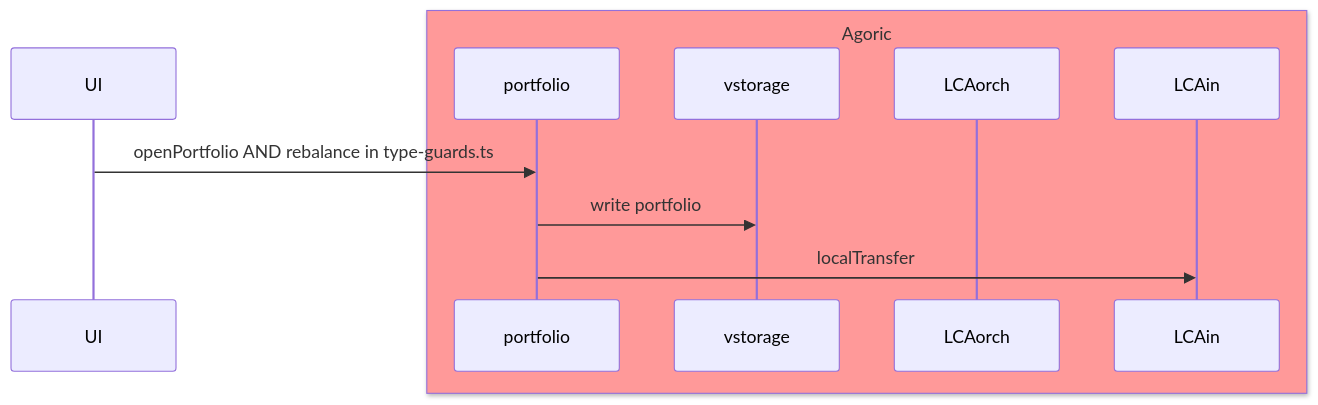
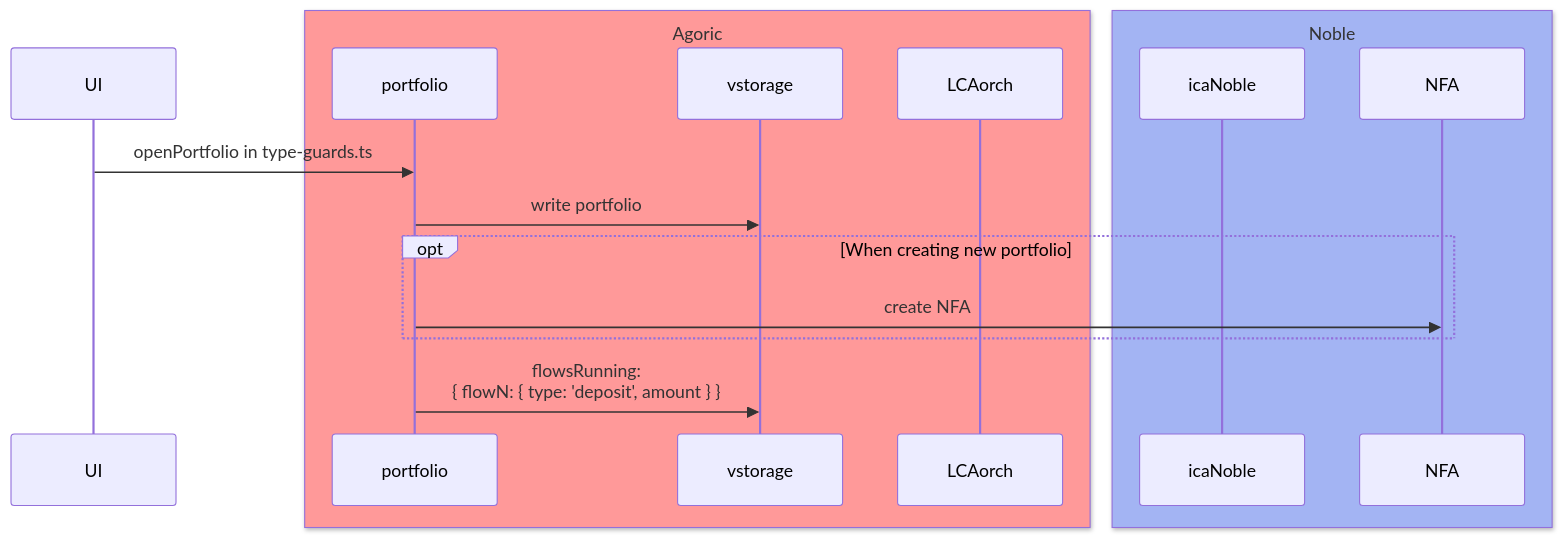
The fourth of 9 diagrams in packages/portfolio-contract/DESIGN-BETA.md (Agoric/agoric-sdk), drawn with Mermaid before and after one commit. The commit also changed other lines of this file, not shown here.

First line of the commit message:
docs(portfolio-contract): incorporate single-flow and NFA into design (#12091)

````diff
--- a/packages/portfolio-contract/DESIGN-BETA.md
+++ b/packages/portfolio-contract/DESIGN-BETA.md
@@ -65,14 +79,21 @@
 ```mermaid
 sequenceDiagram
-  UI ->> portfolio: openPortfolio AND rebalance in type-guards.ts
+  UI ->> portfolio: openPortfolio in type-guards.ts
 
   box rgb(255,153,153) Agoric
     participant portfolio
     participant vstorage
     participant LCAorch
-    participant LCAin
+  end
+
+  box rgb(163,180,243) Noble
+    participant icaN as icaNoble
+    participant NFA as NFA
   end
 
   portfolio ->> vstorage: write portfolio
-  portfolio ->> LCAin: localTransfer
+  opt When creating new portfolio
+    portfolio ->> NFA: create NFA
+  end
+  portfolio ->> vstorage: flowsRunning:<br/>{ flowN: { type: 'deposit', amount } }
 ```
````
